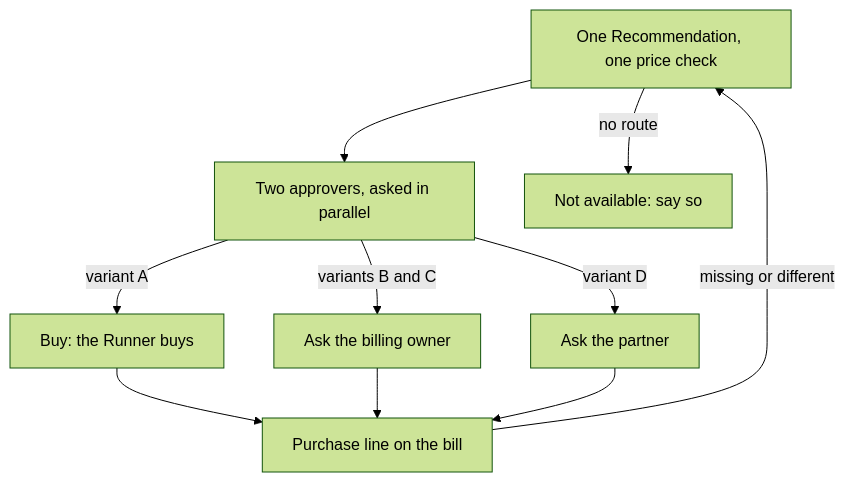
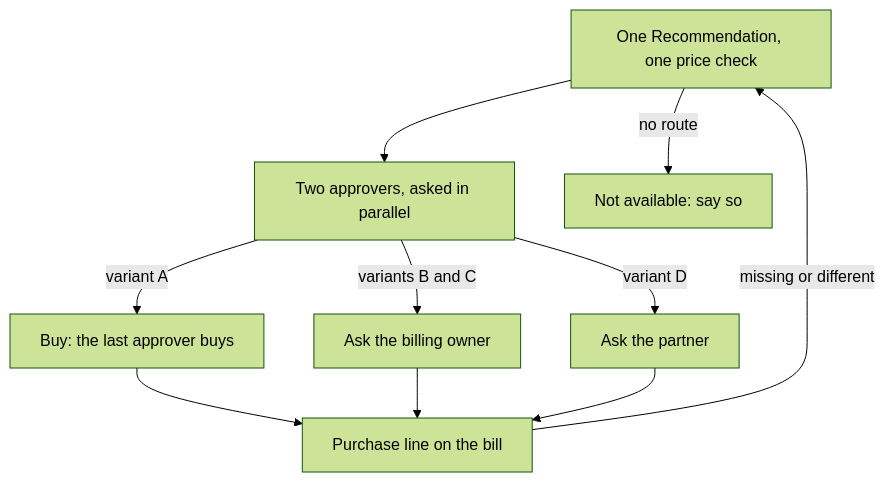
One commit to tinodo/meternaut changed the first of 2 diagrams in docs/experience/03-organisation-journeys.md. Above: the diagram before and after it, drawn with Mermaid (forest theme). The commit also changed other lines of this file and 88 other files, not shown here.

````diff
--- a/docs/experience/03-organisation-journeys.md
+++ b/docs/experience/03-organisation-journeys.md
@@ -27,19 +27,19 @@
 ```mermaid
 flowchart TB
     rec["One Recommendation, one price check"]
     two["Two approvers, asked in parallel"]
-    buy["Buy: the Runner buys"]
+    buy["Buy: the last approver buys"]
     bo["Ask the billing owner"]
     pt["Ask the partner"]
     na["Not available: say so"]
     chk["Purchase line on the bill"]
     rec --> two
     two -->|"variant A"| buy
     two -->|"variants B and C"| bo
     two -->|"variant D"| pt
     rec -->|"no route"| na
     buy --> chk
     bo --> chk
     pt --> chk
     chk -->|"missing or different"| rec
 ```
````
